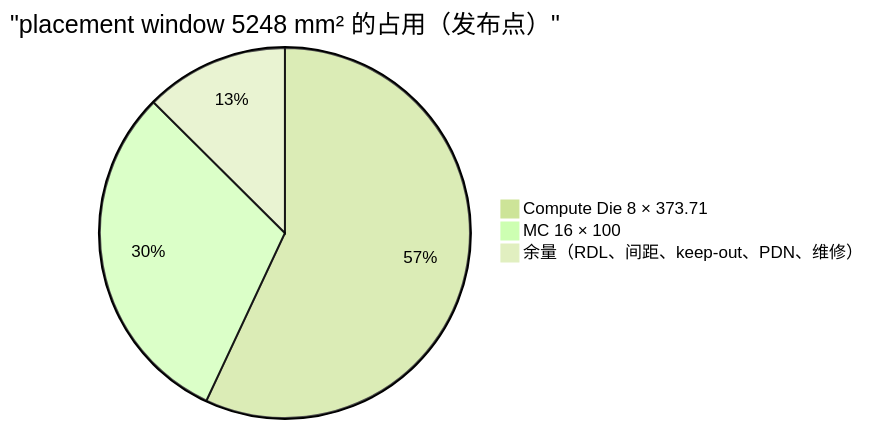
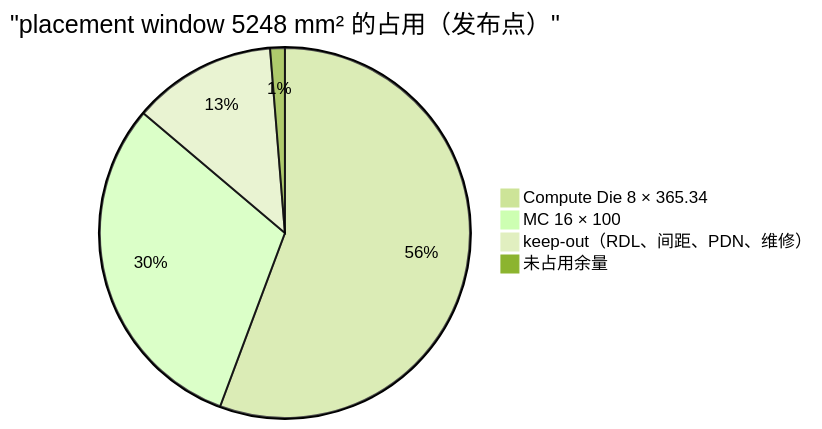
One commit to xqdan/xihu changed the first of 7 diagrams in teams/hardware/docs/09_PACKAGE_POWER_RAS.md. Above: the diagram before and after it, drawn with Mermaid (forest theme). The commit also changed other lines of this file and 65 other files, not shown here.

````diff
--- a/teams/hardware/docs/09_PACKAGE_POWER_RAS.md
+++ b/teams/hardware/docs/09_PACKAGE_POWER_RAS.md
@@ -38,6 +38,7 @@
 ```mermaid
 pie title "placement window 5248 mm² 的占用（发布点）"
-  "Compute Die 8 × 373.71" : 2989.71
+  "Compute Die 8 × 365.34" : 2922.73
   "MC 16 × 100" : 1600
-  "余量（RDL、间距、keep-out、PDN、维修）" : 658.29
+  "keep-out（RDL、间距、PDN、维修）" : 658.10
+  "未占用余量" : 67.17
 ```
````
